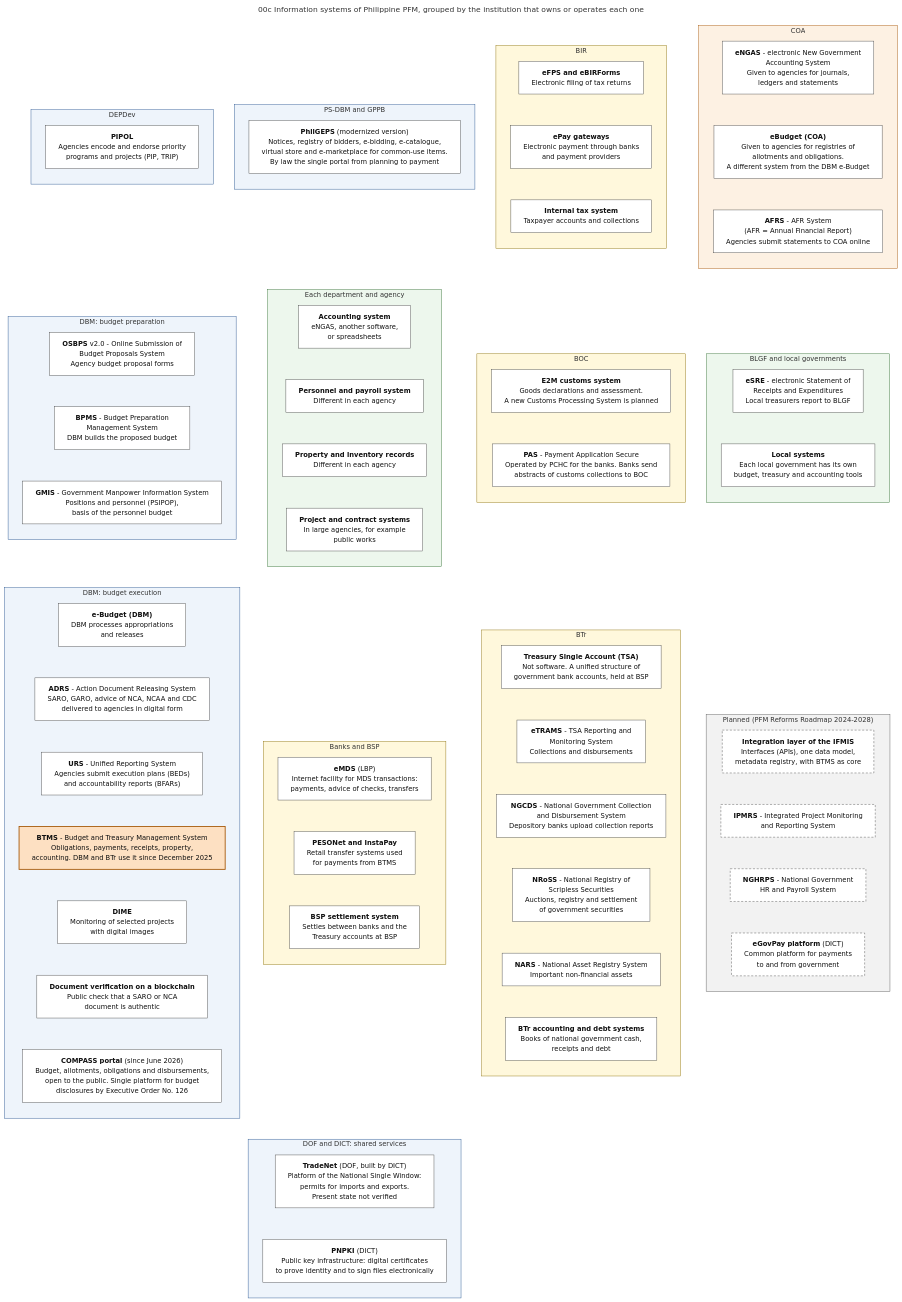
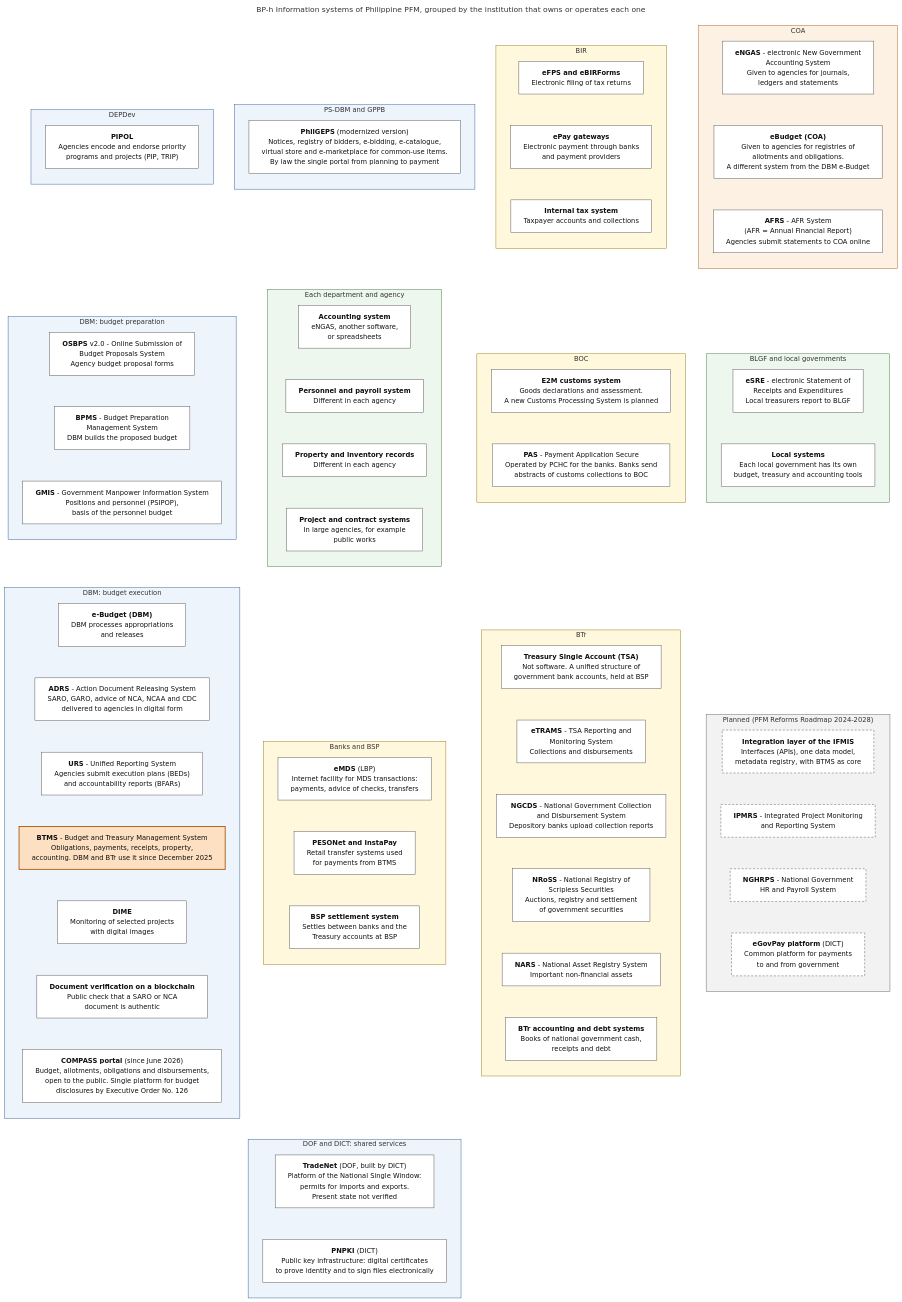
One commit to miraflor/philippine-pfm-atlas changed the eighth of 8 diagrams in docs/atlas/00_BIG_PICTURE.md. Above: the diagram before and after it, drawn with Mermaid. The commit also changed other lines of this file and 1266 other files, not shown here.

````diff
--- a/docs/atlas/00_BIG_PICTURE.md
+++ b/docs/atlas/00_BIG_PICTURE.md
@@ -1066,6 +1066,6 @@
 ```mermaid
 ---
-title: "00c  Information systems of Philippine PFM, grouped by the institution that owns or operates each one"
+title: "BP-h  Information systems of Philippine PFM, grouped by the institution that owns or operates each one"
 config:
   flowchart:
     wrappingWidth: 460
````
